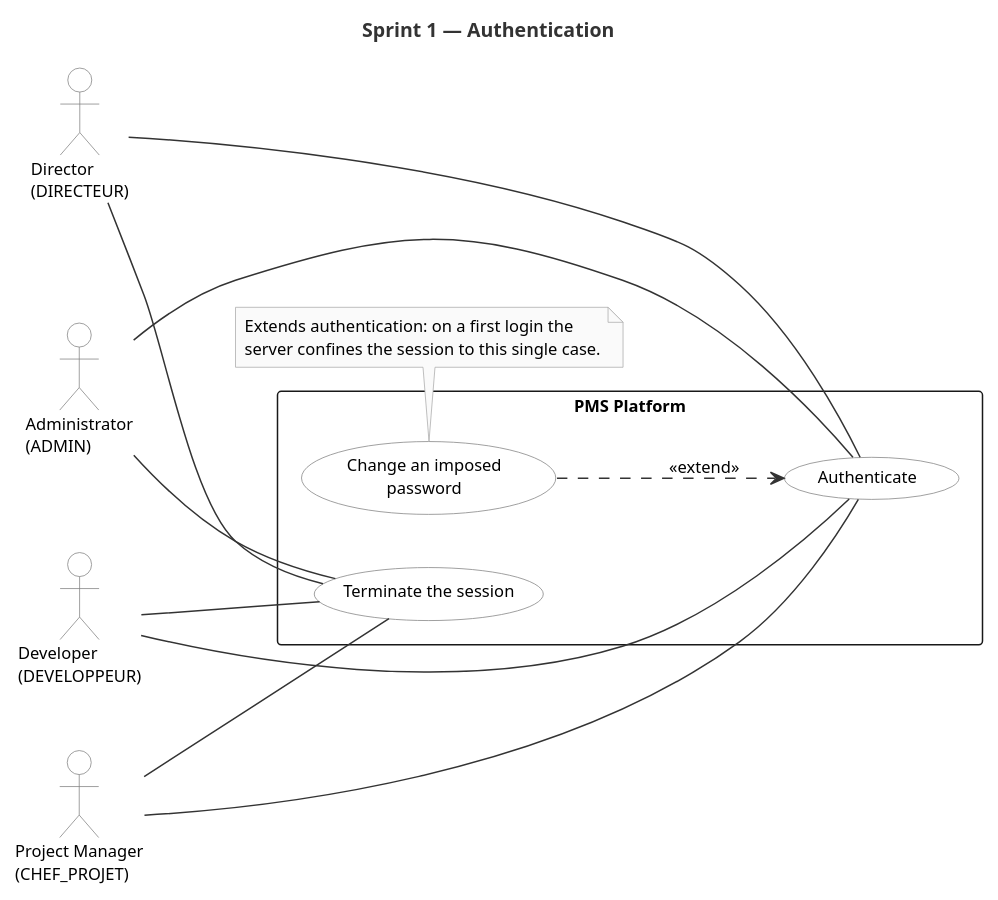
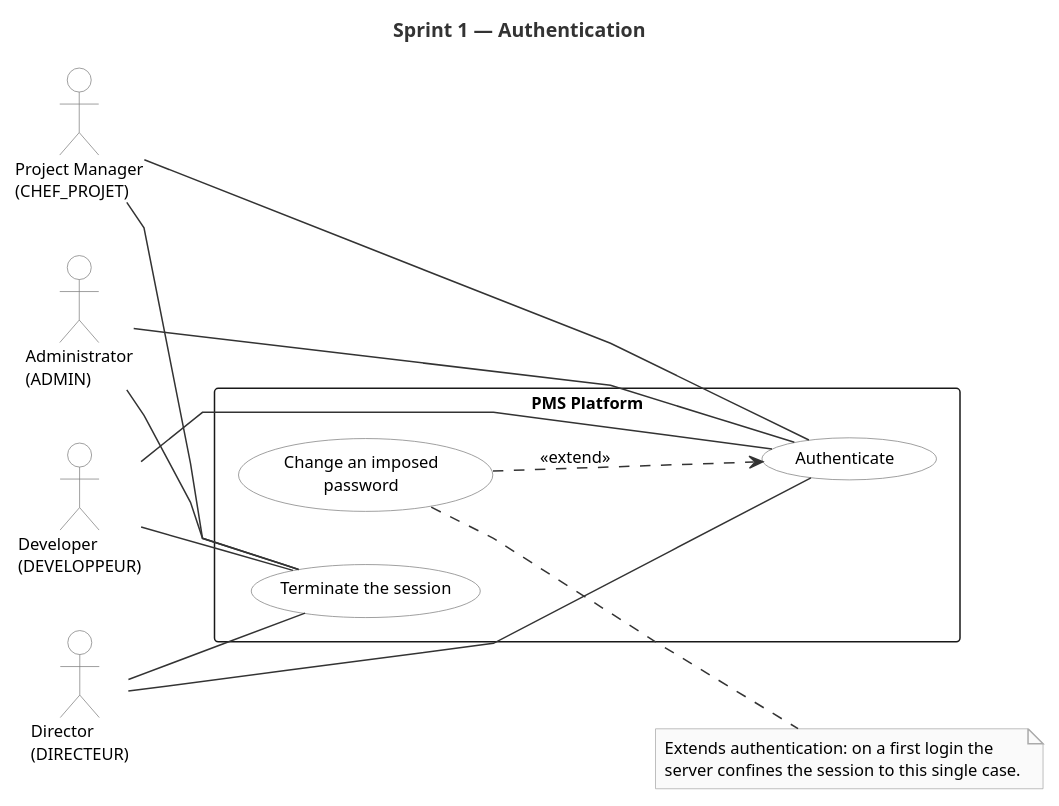
The diagram in docs/uml/sprint/uc_sprint1.puml (mazenrakrouki/tekup-pms-platform), drawn with PlantUML before and after one commit. The commit also changed 28 other files, not shown here.

First line of the commit message:
report: straight association lines in every use case diagram

```diff
--- a/docs/uml/sprint/uc_sprint1.puml
+++ b/docs/uml/sprint/uc_sprint1.puml
@@ -1,46 +1,48 @@
 @startuml uc_sprint1
 title Sprint 1 — Authentication
 
 left to right direction
+
+skinparam linetype polyline
 
 skinparam shadowing false
 skinparam packageStyle rectangle
 skinparam defaultFontName Helvetica
 skinparam defaultFontSize 11
 skinparam actorBorderColor #808080
 skinparam actorBackgroundColor #FFFFFF
 skinparam usecaseBorderColor #808080
 skinparam usecaseBackgroundColor #FFFFFF
 skinparam ArrowColor #333333
 skinparam noteBorderColor #AAAAAA
 skinparam noteBackgroundColor #FAFAFA
 skinparam TitleFontSize 13
 skinparam TitleFontColor #333333
 
 actor "Administrator\n(ADMIN)"         as Admin
 actor "Director\n(DIRECTEUR)"          as Dir
 actor "Project Manager\n(CHEF_PROJET)" as PM
 actor "Developer\n(DEVELOPPEUR)"       as Dev
 
 rectangle "PMS Platform" {
   usecase "Authenticate" as UC1
   usecase "Change an imposed\npassword" as UC2
   usecase "Terminate the session" as UC3
 }
 
 Admin -- UC1
 Dir -- UC1
 PM -- UC1
 Dev -- UC1
 Admin -- UC3
 Dir -- UC3
 PM -- UC3
 Dev -- UC3
 UC2 ..> UC1 : <<extend>>
 
-note bottom of UC2
+note right of UC2
   Extends authentication: on a first login the
   server confines the session to this single case.
 end note
 
 @enduml
```
